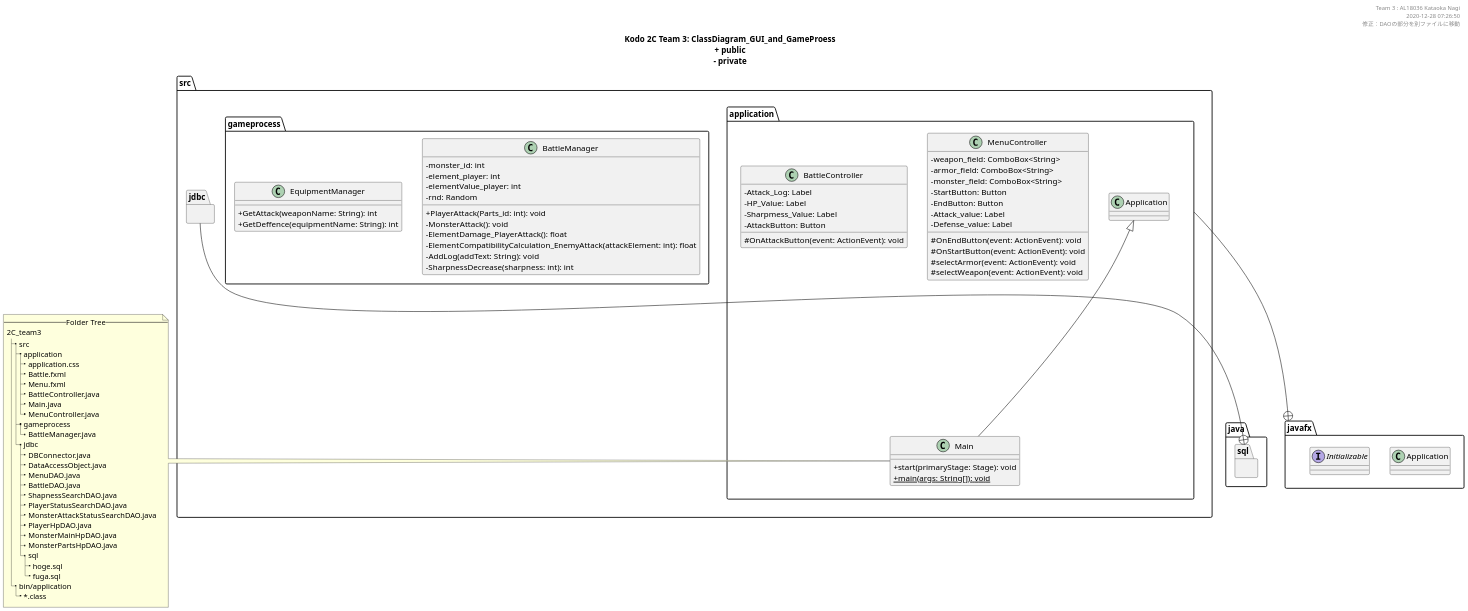
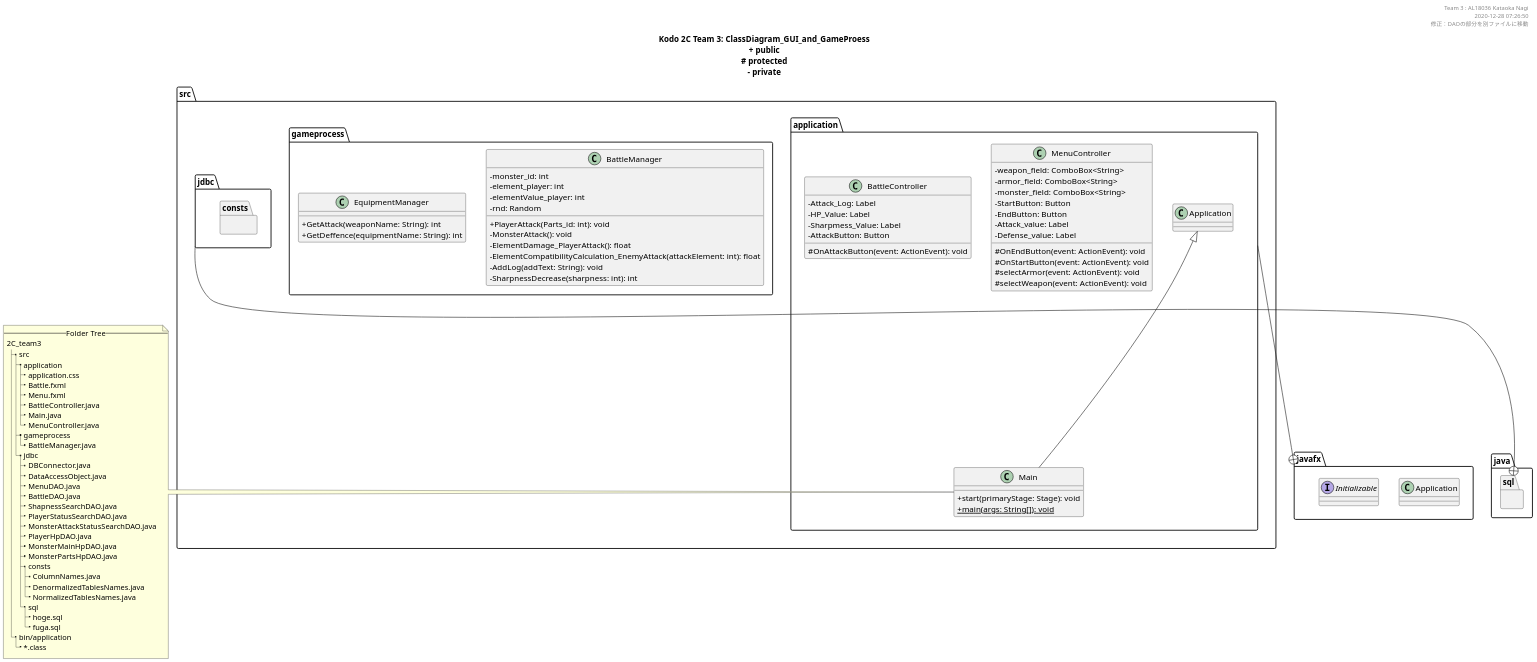
Before and after one commit to KataokaNagi/2C_team3: the diagram in uml/ClassDiagram_GUI_and_GameProess.pu, drawn with PlantUML. The commit also changed 13 other files, not shown here.

```diff
--- a/uml/ClassDiagram_GUI_and_GameProess.pu
+++ b/uml/ClassDiagram_GUI_and_GameProess.pu
@@ -14,169 +14,179 @@
 @startuml ./out/ClassDiagram_GUI_and_GameProess.png
 scale 1.5
 skinparam DefaultFontName メイリオ
 ' 可視性の変更
 skinparam classAttributeIconSize 0
 
 ''''''''''''''''''''''''''''''''''''''''''''''''''
 
 header 
 Team 3 : AL18036 Kataoka Nagi
 2020-12-28 07:26:50
 修正：DAOの部分を別ファイルに移動
 end header
 
 ''''''''''''''''''''''''''''''''''''''''''''''''''
 
 title
 **Kodo 2C Team 3: ClassDiagram_GUI_and_GameProess**
 + public
+~# protected
 ~- private
 end title
 ' __static__
 
 ''''''''''''''''''''''''''''''''''''''''''''''''''''''''''''''''''''''''''''''''
 
 package src {
   package src.application {
     class Main
   }
   package src.gameprocess {
   }
   package src.jdbc {
   }
 }
 
 ''''''''''''''''''''''''''''''''''''''''''''''''''''''''''''''''''''''''''''''''
 
 note left
   --Folder Tree--
   2C_team3
   |_ src
     |_ application
       |_ application.css
       |_ Battle.fxml
       |_ Menu.fxml
       |_ BattleController.java
       |_ Main.java
       |_ MenuController.java
     |_ gameprocess
       |_ BattleManager.java
     |_ jdbc
       |_ DBConnector.java
       |_ DataAccessObject.java
       |_ MenuDAO.java
       |_ BattleDAO.java
       |_ ShapnessSearchDAO.java
       |_ PlayerStatusSearchDAO.java
       |_ MonsterAttackStatusSearchDAO.java
       |_ PlayerHpDAO.java
       |_ MonsterMainHpDAO.java
       |_ MonsterPartsHpDAO.java
+      |_ consts
+        |_ ColumnNames.java
+        |_ DenormalizedTablesNames.java
+        |_ NormalizedTablesNames.java
       |_ sql
         |_ hoge.sql
         |_ fuga.sql
   |_ bin/application
     |_ ~*.class
 end note
 
 ''''''''''''''''''''''''''''''''''''''''''''''''''''''''''''''''''''''''''''''''
 
 package java.sql {
 }
 
 package javafx {
   class Application
   Interface Initializable
+}
+
+package src.jdbc {
+  package src.jdbc.consts {
+  }
 }
 
 src.jdbc --+ java.sql
 src.application --+ javafx
 
 ''''''''''''''''''''''''''''''''''''''''''''''''''
 
 ' @note クラスの命名規則
 ' @see  https://qiita.com/KeithYokoma/items/ee21fec6a3ebb5d1e9a8
 
 package src.application {
   ' @note Scene Builder (GUI tool)
   ' @see  https://qiita.com/tarosa0001/items/05ac653a091b7d1290f9
   class Main extends Application {
     + start(primaryStage: Stage): void
     + {static} main(args: String[]): void
   }
   
   class MenuController {
     - weapon_field: ComboBox<String>
     - armor_field: ComboBox<String>
     - monster_field: ComboBox<String>
     -  StartButton: Button
     -  EndButton: Button
     -  Attack_value: Label
     -  Defense_value: Label
 
     # OnEndButton(event: ActionEvent): void
     # OnStartButton(event: ActionEvent): void
     # selectArmor(event: ActionEvent): void
     # selectWeapon(event: ActionEvent): void
   }
 
   class BattleController {
     - Attack_Log: Label
     - HP_Value: Label
     - Sharpmess_Value: Label
     - AttackButton: Button
     
     # OnAttackButton(event: ActionEvent): void
   }
 }
 
 ' 記事のクラス
   ' class ApplicationController extends Initializable {
   '   - dropDown: ChoiceBox<String>
   '   - textBox: TextField
   '   - button: Button
 
   '   + initialize(location: URL, resources: ResourceBundle): void
   '   + onClick(event: ActionEvent): void
   '   + getToolType(): ChoiceBox<String>
   '   + setToolType(toolType: ChoiceBox<String>): void
   '   + getInputFile(): TextField
   '   + setInputFile(textBox: TextField): void
   '   + getReference(): Button
   '   + setReference(button: Button): void
   ' }
 
 
 ''''''''''''''''''''''''''''''''''''''''''''''''''
 
 package src.gameprocess {
   class BattleManager {
     - monster_id: int
     - element_player: int
     - elementValue_player: int
     - rnd: Random
 
     + PlayerAttack(Parts_id: int): void
     - MonsterAttack(): void
     - ElementDamage_PlayerAttack(): float
     - ElementCompatibilityCalculation_EnemyAttack(attackElement: int): float
     - AddLog(addText: String): void
     - SharpnessDecrease(sharpness: int): int 
   }
 
   class EquipmentManager {
     + GetAttack(weaponName: String): int
     + GetDeffence(equipmentName: String): int
   }
 }
 
 ''''''''''''''''''''''''''''''''''''''''''''''''''
 
 package src.jdbc {
   ' @note DAO pattern
   ' @see https://kanda-it-school-kensyu.com/java-jdbc-contents/jj_ch04/jj_0401/
 }
 
 ''''''''''''''''''''''''''''''''''''''''''''''''''''''''''''''''''''''''''''''''
 
 @enduml
```
